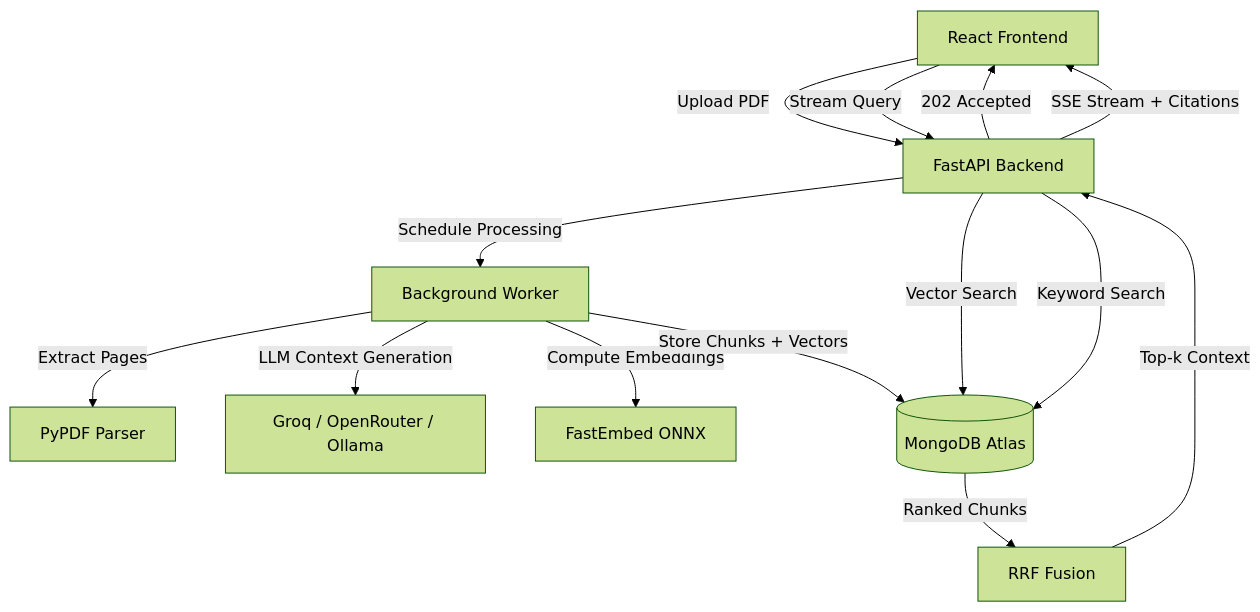
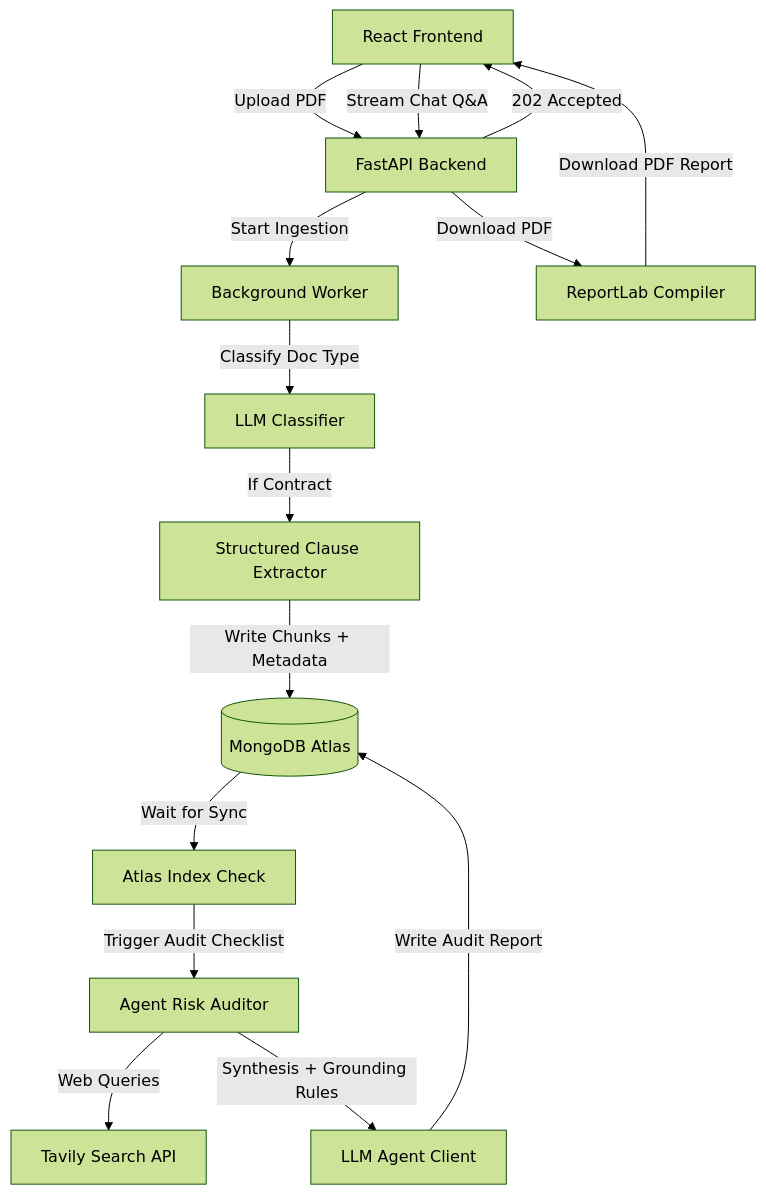
The diagram in README.md (PRANAVMANDANI/breach_document_rag), drawn with Mermaid (forest theme) before and after one commit. The commit also changed other lines of this file and 1 other file, not shown here.

````diff
--- a/README.md
+++ b/README.md
@@ -61,16 +44,17 @@
 ```mermaid
 graph TD
     A[React Frontend] -->|Upload PDF| B[FastAPI Backend]
-    A -->|Stream Query| B
+    A -->|Stream Chat Q&A| B
     B -->|202 Accepted| A
-    B -->|Schedule Processing| C[Background Worker]
-    C -->|Extract Pages| D[PyPDF Parser]
-    C -->|LLM Context Generation| E[Groq / OpenRouter / Ollama]
-    C -->|Compute Embeddings| F[FastEmbed ONNX]
-    C -->|Store Chunks + Vectors| G[(MongoDB Atlas)]
-    B -->|Vector Search| G
-    B -->|Keyword Search| G
-    G -->|Ranked Chunks| H[RRF Fusion]
-    H -->|Top-k Context| B
-    B -->|SSE Stream + Citations| A
+    B -->|Start Ingestion| C[Background Worker]
+    C -->|Classify Doc Type| D[LLM Classifier]
+    D -->|If Contract| E[Structured Clause Extractor]
+    E -->|Write Chunks + Metadata| F[(MongoDB Atlas)]
+    F -->|Wait for Sync| G[Atlas Index Check]
+    G -->|Trigger Audit Checklist| H[Agent Risk Auditor]
+    H -->|Web Queries| I[Tavily Search API]
+    H -->|Synthesis + Grounding Rules| J[LLM Agent Client]
+    J -->|Write Audit Report| F
+    B -->|Download PDF| K[ReportLab Compiler]
+    K -->|Download PDF Report| A
 ```
````
